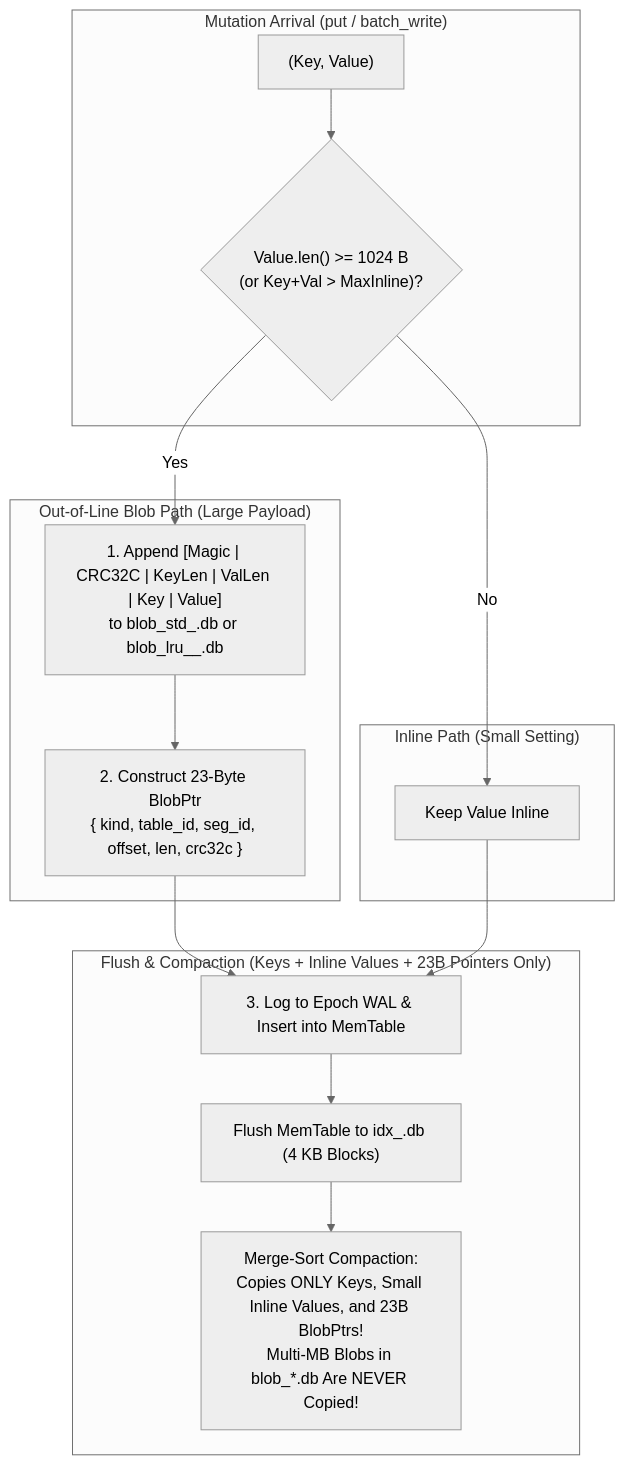
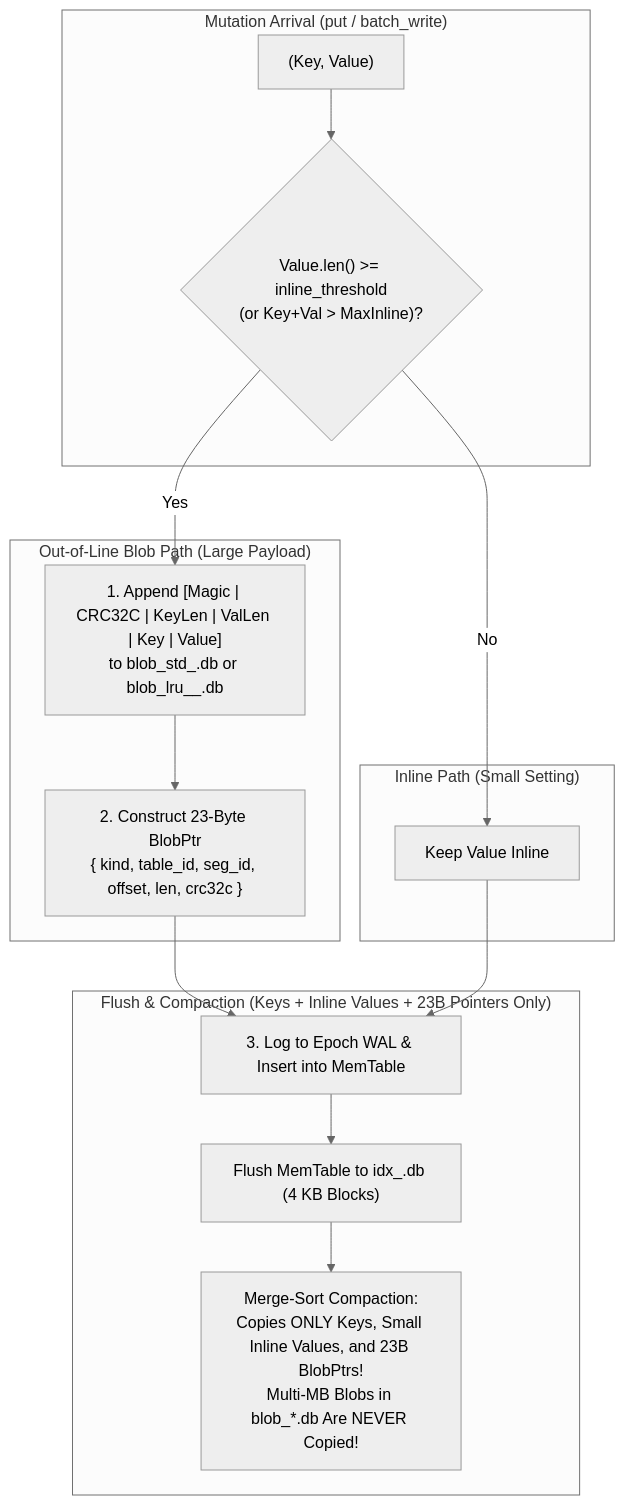
The diagram in docs/phase1/04_WISCKEY_AND_SEGMENTS.md (toyoshim-i/aydb), drawn with Mermaid (neutral theme) before and after one commit. The commit also changed other lines of this file and 3 other files, not shown here.

First line of the commit message:
docs(arch): specify bounded verified block cache, read_many_at, and inline_max

````diff
--- a/docs/phase1/04_WISCKEY_AND_SEGMENTS.md
+++ b/docs/phase1/04_WISCKEY_AND_SEGMENTS.md
@@ -13,23 +13,23 @@
 ```mermaid
 flowchart TB
     subgraph Write["Mutation Arrival (put / batch_write)"]
-        KV["(Key, Value)"] --> SizeCheck{"Value.len() >= 1024 B<br/>(or Key+Val > MaxInline)?"}
+        KV["(Key, Value)"] --> SizeCheck{"Value.len() >= inline_threshold<br/>(or Key+Val > MaxInline)?"}
     end
 
     subgraph OutOfLine["Out-of-Line Blob Path (Large Payload)"]
         SizeCheck -->|"Yes"| AppendBlob["1. Append [Magic | CRC32C | KeyLen | ValLen | Key | Value]<br/>to blob_std_<SeqID>.db or blob_lru_<TblID>_<SeqID>.db"]
         AppendBlob --> MakePtr["2. Construct 23-Byte BlobPtr<br/>{ kind, table_id, seg_id, offset, len, crc32c }"]
     end
 
     subgraph InlinePath["Inline Path (Small Setting)"]
         SizeCheck -->|"No"| MakeInline["Keep Value Inline"]
     end
 
     MakePtr --> WAL["3. Log to Epoch WAL & Insert into MemTable"]
     MakeInline --> WAL
 
     subgraph FlushCompact["Flush & Compaction (Keys + Inline Values + 23B Pointers Only)"]
         WAL --> Flush["Flush MemTable to idx_<SeqID>.db (4 KB Blocks)"]
         Flush --> Compact["Merge-Sort Compaction:<br/>Copies ONLY Keys, Small Inline Values, and 23B BlobPtrs!<br/>Multi-MB Blobs in blob_*.db Are NEVER Copied!"]
     end
 ```
````
